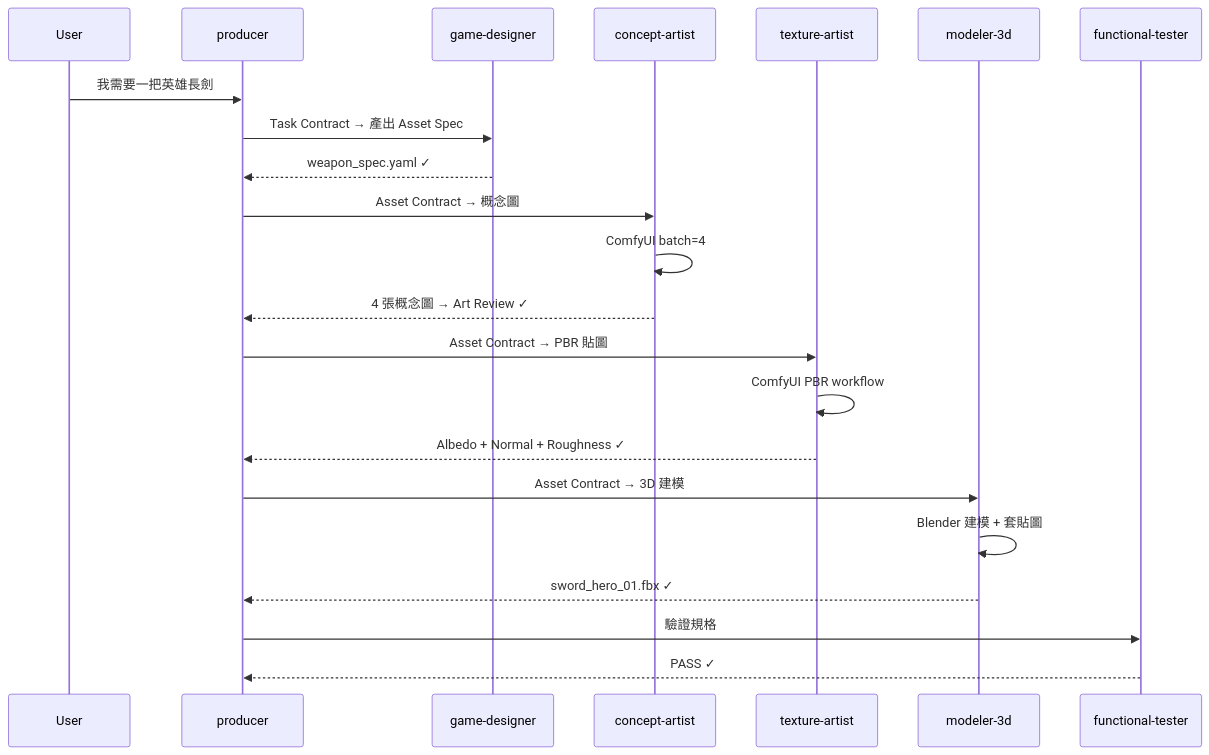
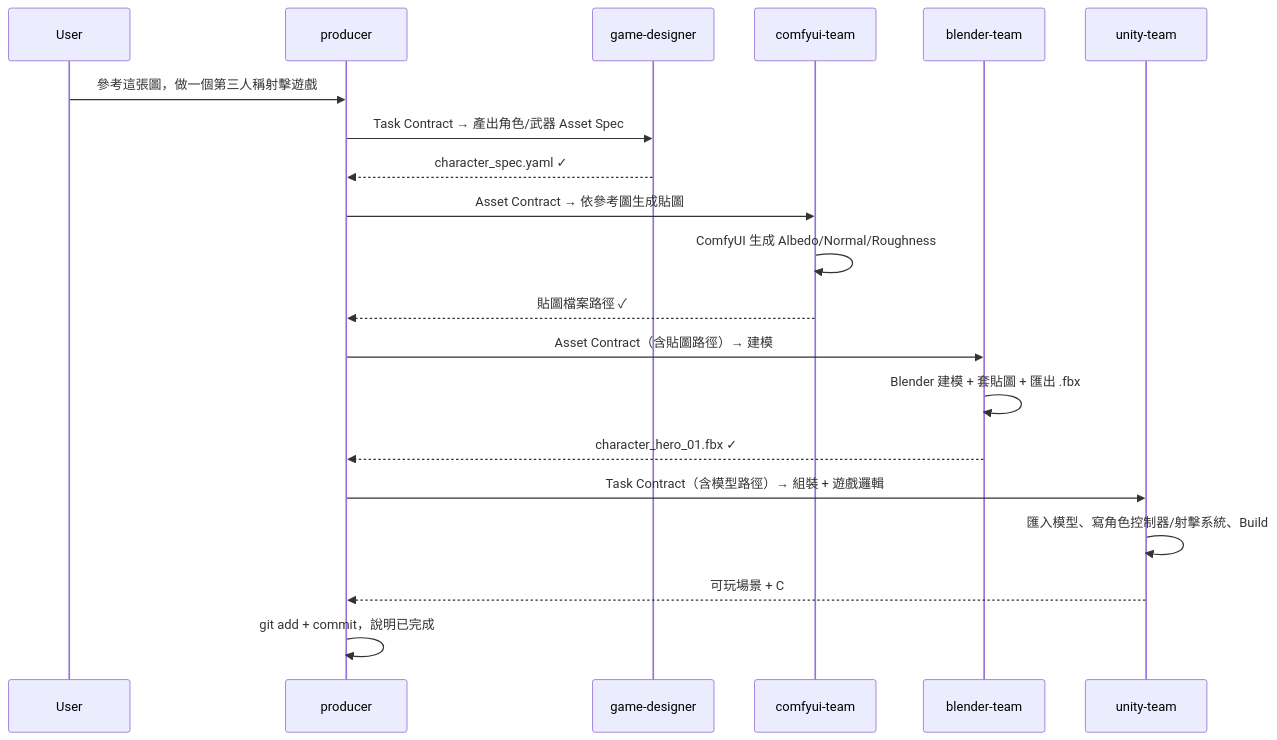
Before and after one commit to hoycdanny/kiro-multi-agent-game-studio: the tenth of 11 diagrams in README.md, drawn with Mermaid. The commit also changed other lines of this file and 12 other files, not shown here.

First line of the commit message:
feat: add Producer + 3-Team pipeline agents and steering docs

````diff
--- a/README.md
+++ b/README.md
@@ -760,25 +951,23 @@
 ```mermaid
 sequenceDiagram
     participant User
     participant Producer as producer
     participant GD as game-designer
-    participant CA as concept-artist
-    participant TA as texture-artist
-    participant M3D as modeler-3d
-    participant QA as functional-tester
+    participant CT as comfyui-team
+    participant BT as blender-team
+    participant UT as unity-team
 
-    User->>Producer: 我需要一把英雄長劍
-    Producer->>GD: Task Contract → 產出 Asset Spec
-    GD-->>Producer: weapon_spec.yaml ✓
-    Producer->>CA: Asset Contract → 概念圖
-    CA->>CA: ComfyUI batch=4
-    CA-->>Producer: 4 張概念圖 → Art Review ✓
-    Producer->>TA: Asset Contract → PBR 貼圖
-    TA->>TA: ComfyUI PBR workflow
-    TA-->>Producer: Albedo + Normal + Roughness ✓
-    Producer->>M3D: Asset Contract → 3D 建模
-    M3D->>M3D: Blender 建模 + 套貼圖
-    M3D-->>Producer: sword_hero_01.fbx ✓
-    Producer->>QA: 驗證規格
-    QA-->>Producer: PASS ✓
+    User->>Producer: 參考這張圖，做一個第三人稱射擊遊戲
+    Producer->>GD: Task Contract → 產出角色/武器 Asset Spec
+    GD-->>Producer: character_spec.yaml ✓
+    Producer->>CT: Asset Contract → 依參考圖生成貼圖
+    CT->>CT: ComfyUI 生成 Albedo/Normal/Roughness
+    CT-->>Producer: 貼圖檔案路徑 ✓
+    Producer->>BT: Asset Contract（含貼圖路徑）→ 建模
+    BT->>BT: Blender 建模 + 套貼圖 + 匯出 .fbx
+    BT-->>Producer: character_hero_01.fbx ✓
+    Producer->>UT: Task Contract（含模型路徑）→ 組裝 + 遊戲邏輯
+    UT->>UT: 匯入模型、寫角色控制器/射擊系統、Build
+    UT-->>Producer: 可玩場景 + C# 腳本 ✓
+    Producer->>Producer: git add + commit，說明已完成
 ```
````
